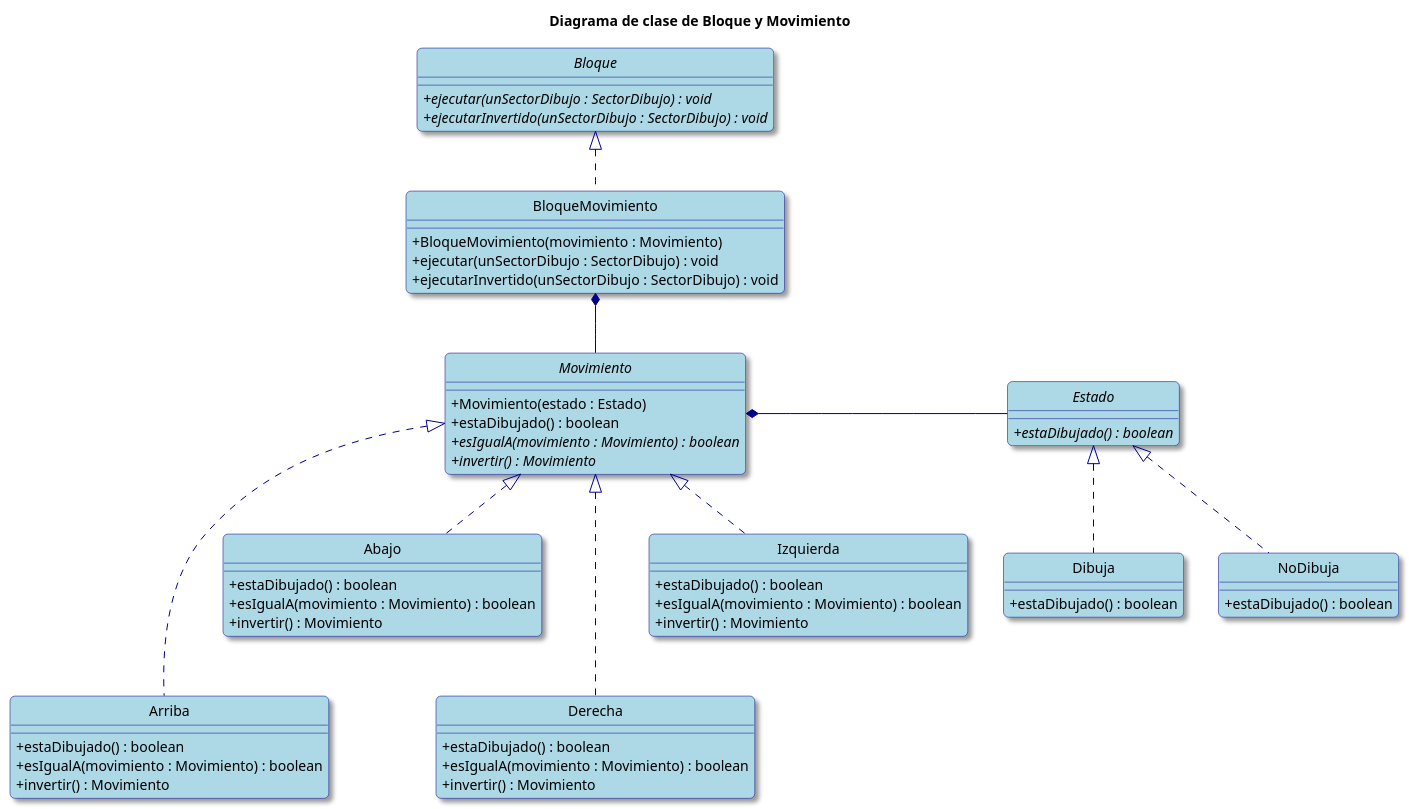
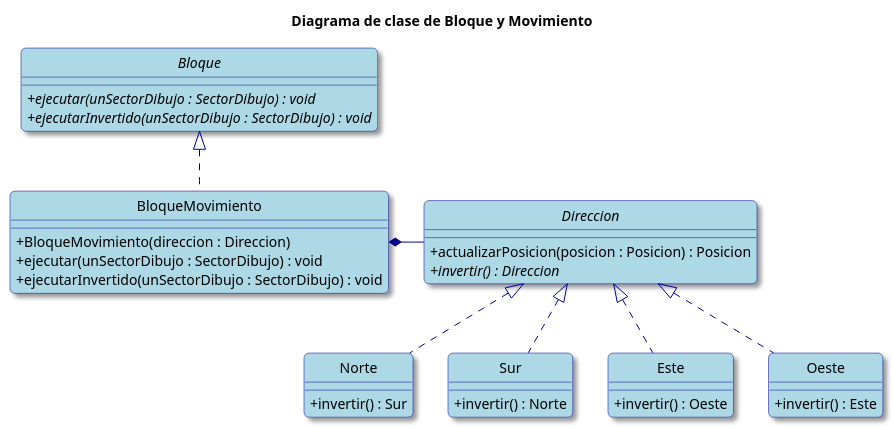
The second of 7 diagrams in diagramas-uml.puml (valva-ro/Algo3-TP2-AlgoBlocks), drawn with PlantUML before and after one commit. The commit also changed other lines of this file and 34 other files, not shown here.

```diff
--- a/diagramas-uml.puml
+++ b/diagramas-uml.puml
@@ -85,75 +72,52 @@
 @startuml
 hide circle
 skinparam classAttributeIconSize 0
 skinparam backgroundColor White
 skinparam RoundCorner 10
 skinparam Shadowing true
 skinparam class {
     ArrowColor DarkBlue
     BackgroundColor LightBlue
     BorderColor DarkBlue
 }
 skinparam note {
     BackgroundColor LightYellow
     BorderColor DarkBlue
 }
 
 title Diagrama de clase de Bloque y Movimiento
 
 interface Bloque {
     + {abstract} ejecutar(unSectorDibujo : SectorDibujo) : void
     + {abstract} ejecutarInvertido(unSectorDibujo : SectorDibujo) : void
 
 }
 class BloqueMovimiento {
-    + BloqueMovimiento(movimiento : Movimiento)
+    + BloqueMovimiento(direccion : Direccion)
     + ejecutar(unSectorDibujo : SectorDibujo) : void
     + ejecutarInvertido(unSectorDibujo : SectorDibujo) : void
 }
-abstract class Movimiento {
-    + Movimiento(estado : Estado)
-    + estaDibujado() : boolean
-    + {abstract} esIgualA(movimiento : Movimiento) : boolean
-    + {abstract} invertir() : Movimiento
+abstract class Direccion {
+    + actualizarPosicion(posicion : Posicion) : Posicion
+    + {abstract} invertir() : Direccion
 }
-class Arriba {
-    + estaDibujado() : boolean
-    + esIgualA(movimiento : Movimiento) : boolean
-    + invertir() : Movimiento
+class Norte {
+    + invertir() : Sur
 }
-class Abajo {
-    + estaDibujado() : boolean
-    + esIgualA(movimiento : Movimiento) : boolean
-    + invertir() : Movimiento
+class Sur {
+    + invertir() : Norte
 }
-class Derecha {
-    + estaDibujado() : boolean
-    + esIgualA(movimiento : Movimiento) : boolean
-    + invertir() : Movimiento
+class Este {
+    + invertir() : Oeste
 }
-class Izquierda {
-    + estaDibujado() : boolean
-    + esIgualA(movimiento : Movimiento) : boolean
-    + invertir() : Movimiento
-}
-interface Estado {
-    + {abstract} estaDibujado() : boolean
-}
-class Dibuja {
-    + estaDibujado() : boolean
-}
-class NoDibuja {
-    + estaDibujado() : boolean
+class Oeste {
+    + invertir() : Este
 }
 
-Movimiento *--right Estado
-Estado <|.. Dibuja
-Estado <|.. NoDibuja
 Bloque <|.. BloqueMovimiento
-
-BloqueMovimiento *-- Movimiento
-Movimiento <|... Arriba
-Movimiento <|.. Abajo
-Movimiento <|... Derecha
-Movimiento <|.. Izquierda
+BloqueMovimiento *--right Direccion
+Direccion <|.. Norte
+Direccion <|.. Sur
+Direccion <|.. Este
+Direccion <|.. Oeste
 @enduml
```
